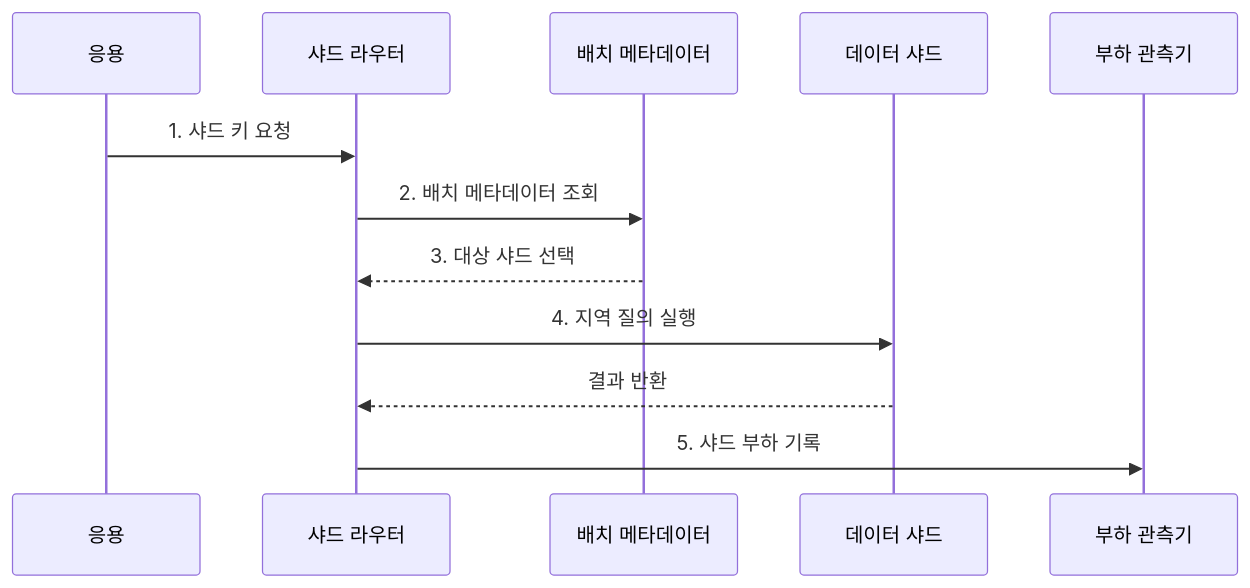
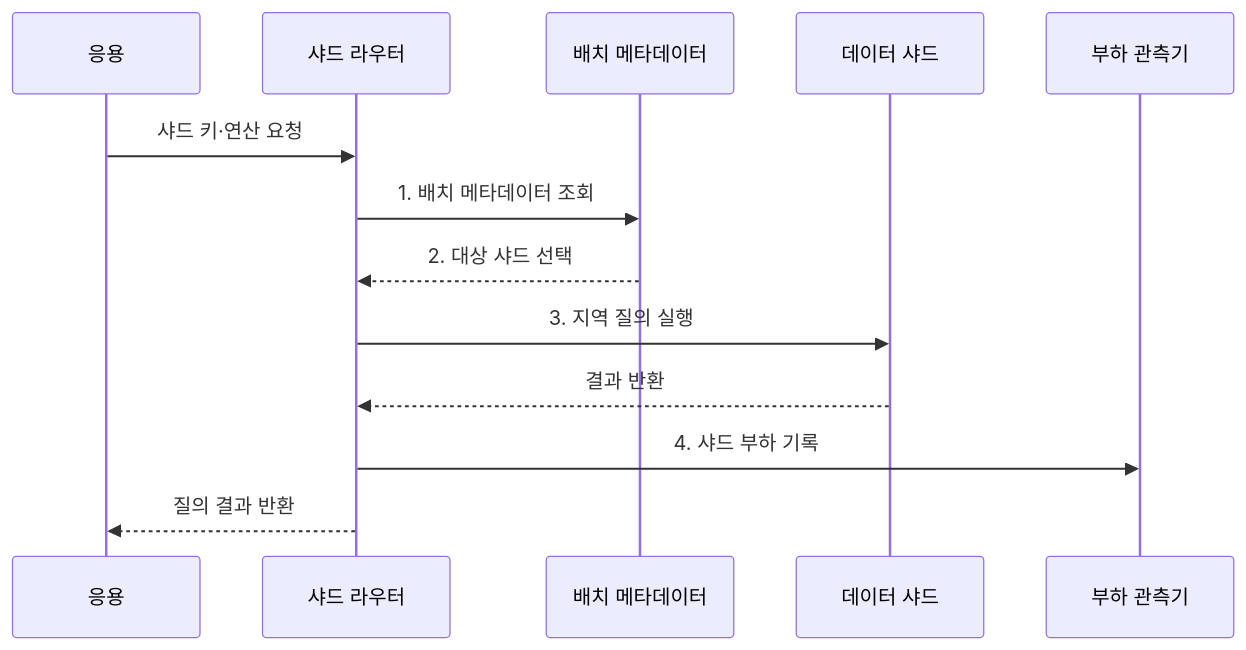
One commit to agnusdei1207/knowledge-base changed the second of 2 diagrams in src/content/docs/notes/03-software/099_sharding.md. Above: the diagram before and after it, drawn with Mermaid. The commit also changed other lines of this file and 20 other files, not shown here.

````diff
--- a/src/content/docs/notes/03-software/099_sharding.md
+++ b/src/content/docs/notes/03-software/099_sharding.md
@@ -79,14 +91,15 @@
 ```mermaid
 sequenceDiagram
     participant A as 응용
     participant R as 샤드 라우터
     participant M as 배치 메타데이터
     participant S as 데이터 샤드
     participant O as 부하 관측기
-    A->>R: 1. 샤드 키 요청
-    R->>M: 2. 배치 메타데이터 조회
-    M-->>R: 3. 대상 샤드 선택
-    R->>S: 4. 지역 질의 실행
+    A->>R: 샤드 키·연산 요청
+    R->>M: 1. 배치 메타데이터 조회
+    M-->>R: 2. 대상 샤드 선택
+    R->>S: 3. 지역 질의 실행
     S-->>R: 결과 반환
-    R->>O: 5. 샤드 부하 기록
+    R->>O: 4. 샤드 부하 기록
+    R-->>A: 질의 결과 반환
 ```
````
